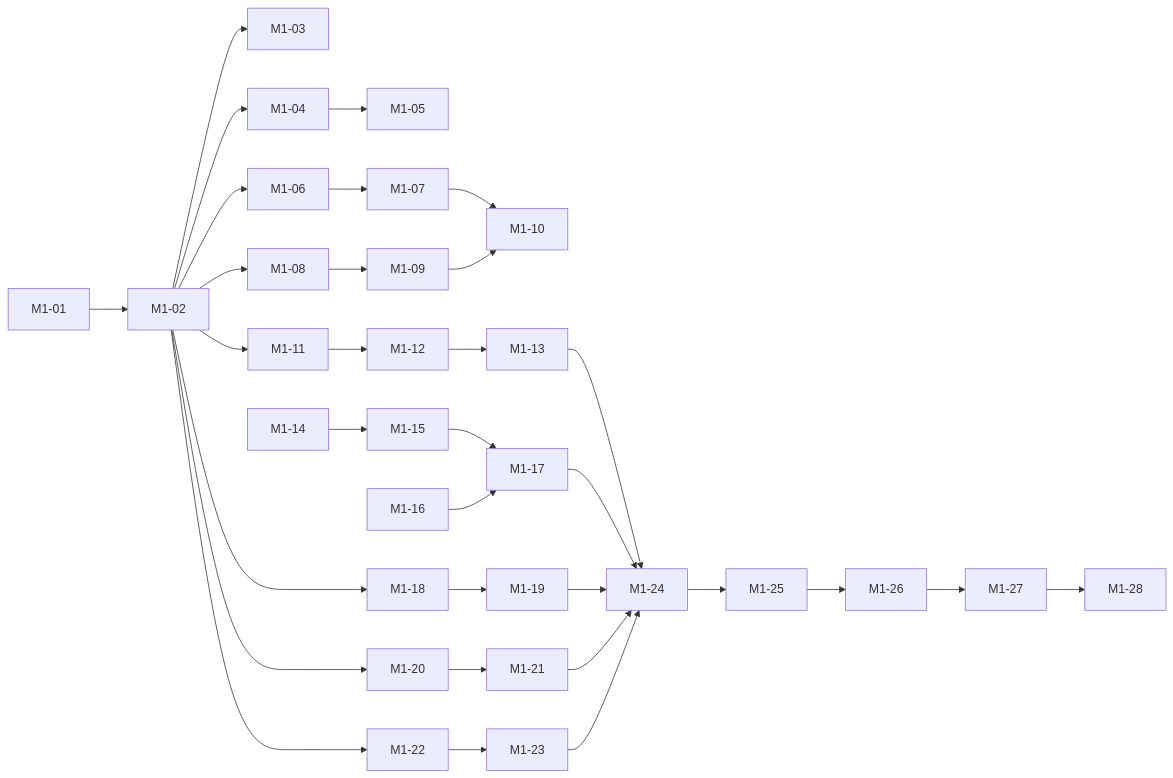
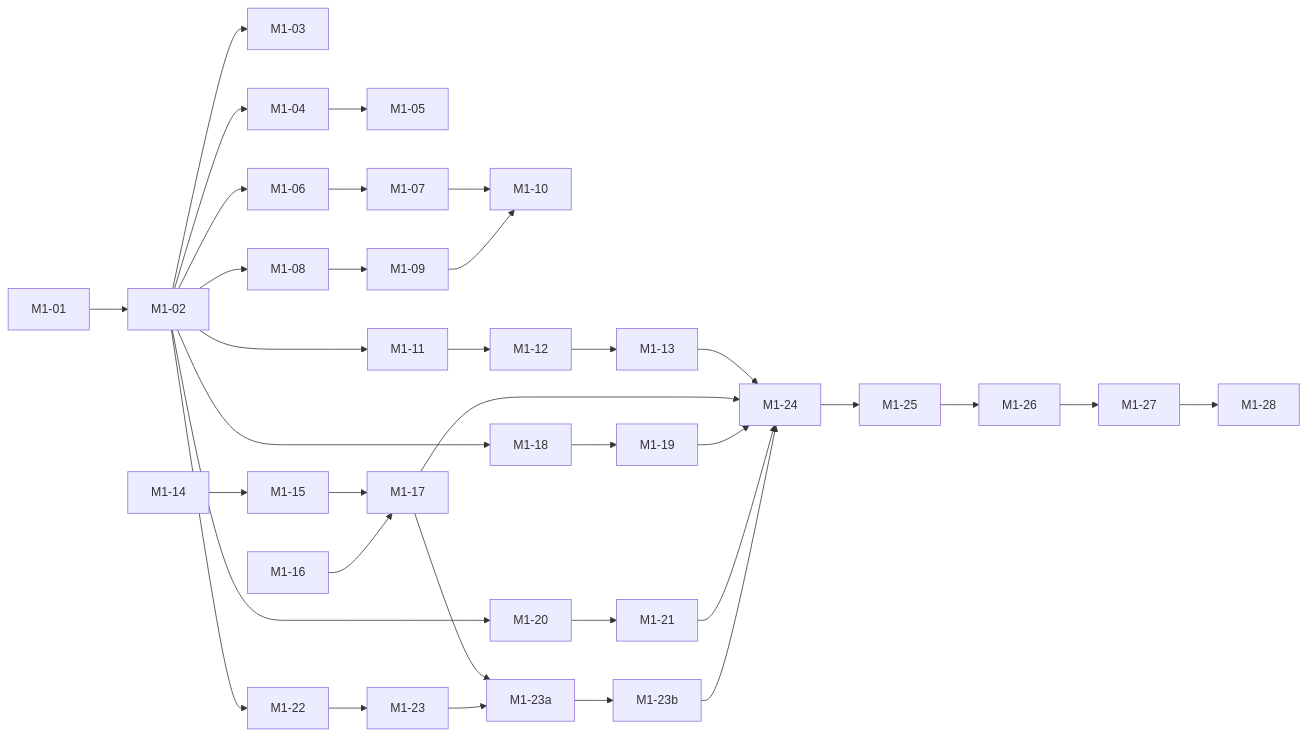
Before and after one commit to thevladimirzh/s3-bypass-desktop: the diagram in docs/plans/m1-mvp.md, drawn with Mermaid. The commit also changed other lines of this file, not shown here.

````diff
--- a/docs/plans/m1-mvp.md
+++ b/docs/plans/m1-mvp.md
@@ -151,15 +164,16 @@
 ```mermaid
 graph LR
   M1-01 --> M1-02 --> M1-03
   M1-02 --> M1-04 --> M1-05
   M1-02 --> M1-06 --> M1-07
   M1-02 --> M1-08 --> M1-09
   M1-07 & M1-09 --> M1-10
   M1-02 --> M1-11 --> M1-12 --> M1-13
   M1-14 --> M1-15 --> M1-17
   M1-16 --> M1-17
   M1-02 --> M1-18 --> M1-19
   M1-02 --> M1-20 --> M1-21
   M1-02 --> M1-22 --> M1-23
-  M1-13 & M1-17 & M1-19 & M1-21 & M1-23 --> M1-24 --> M1-25 --> M1-26 --> M1-27 --> M1-28
+  M1-17 & M1-23 --> M1-23a --> M1-23b
+  M1-13 & M1-17 & M1-19 & M1-21 & M1-23b --> M1-24 --> M1-25 --> M1-26 --> M1-27 --> M1-28
 ```
````
